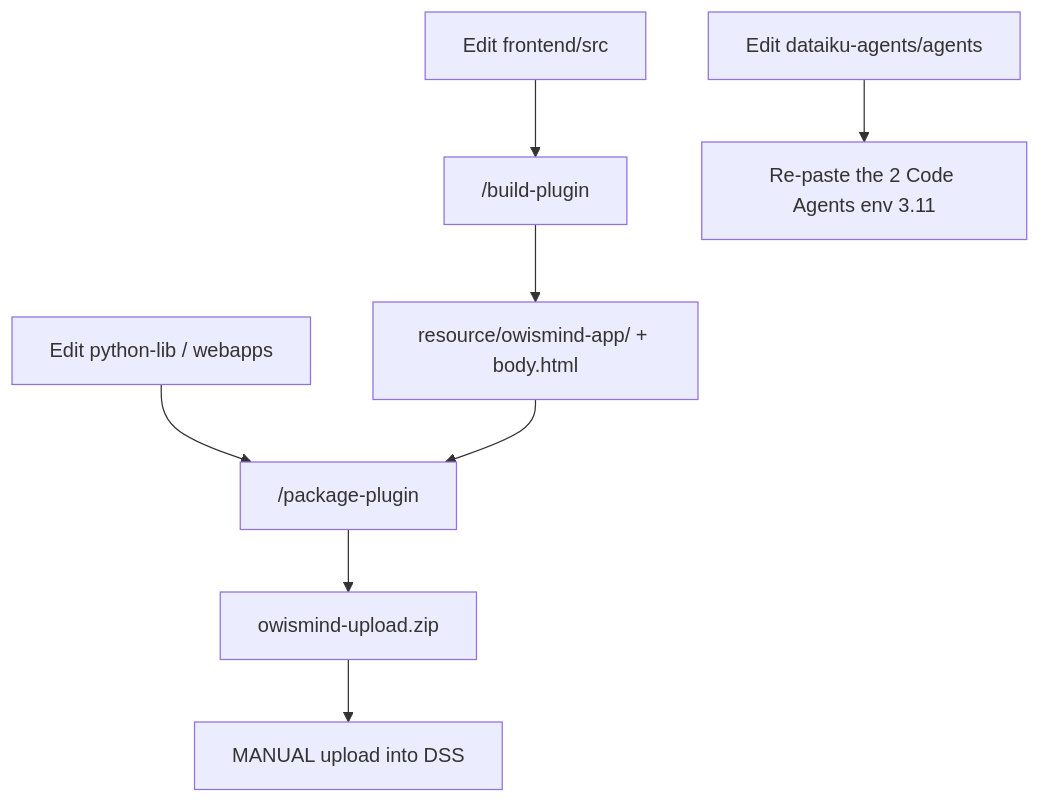
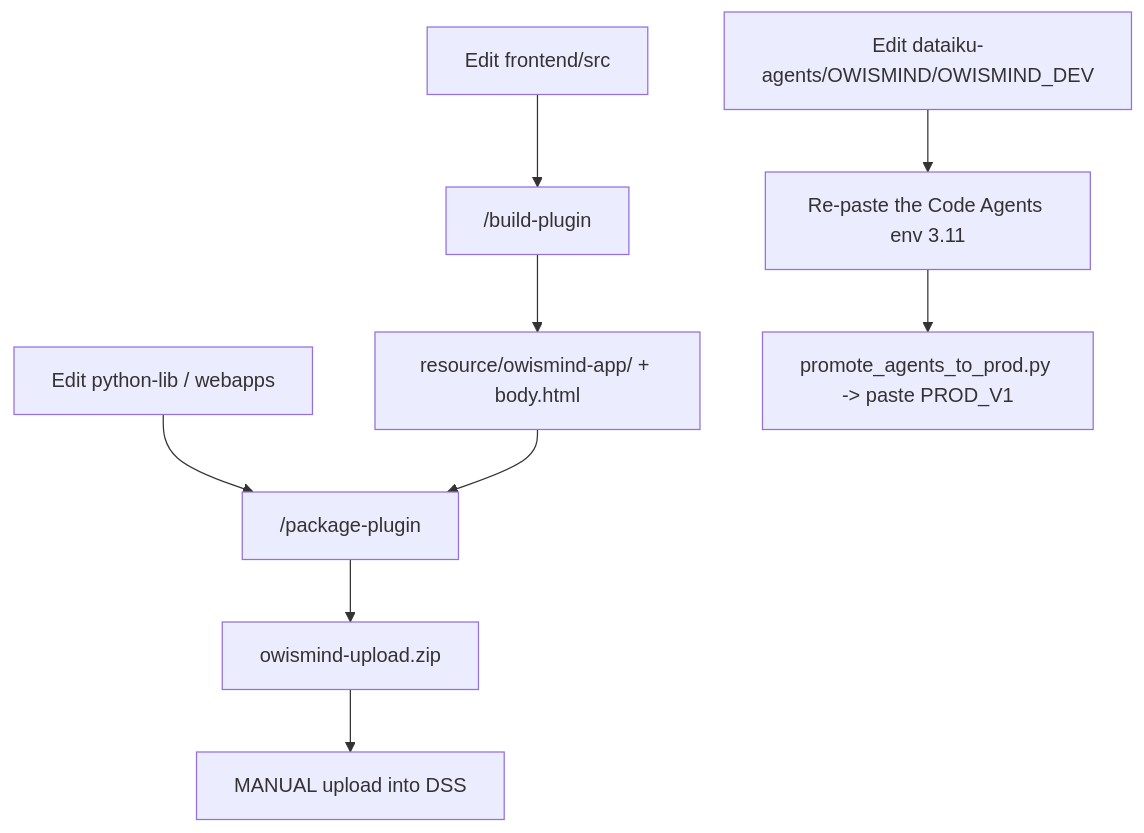
One commit to SAIDCHAOUI/owismind-system changed the second of 2 diagrams in project-documentation/09-maintenance/01-contributing-and-conventions.md. Above: the diagram before and after it, drawn with Mermaid. The commit also changed other lines of this file and 55 other files, not shown here.

````diff
--- a/project-documentation/09-maintenance/01-contributing-and-conventions.md
+++ b/project-documentation/09-maintenance/01-contributing-and-conventions.md
@@ -132,10 +134,11 @@
 ```mermaid
 flowchart TD
     F["Edit frontend/src"] --> BP["/build-plugin"]
     BP --> R["resource/owismind-app/ + body.html"]
     PY["Edit python-lib / webapps"] --> PKG["/package-plugin"]
     R --> PKG
     PKG --> ZIP["owismind-upload.zip"]
     ZIP --> UP["MANUAL upload into DSS"]
-    AG["Edit dataiku-agents/agents"] --> PASTE["Re-paste the 2 Code Agents env 3.11"]
+    AG["Edit dataiku-agents/OWISMIND/OWISMIND_DEV"] --> PASTE["Re-paste the Code Agents env 3.11"]
+    PASTE --> PROMO["promote_agents_to_prod.py -> paste PROD_V1"]
 ```
````
